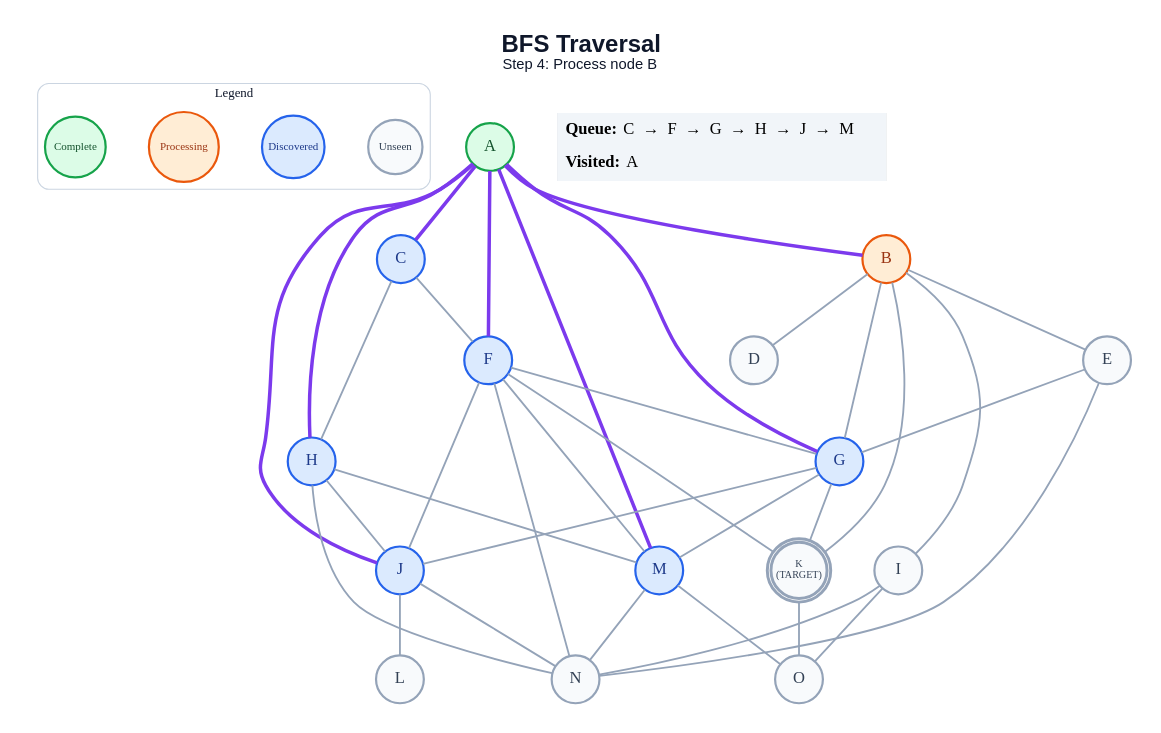
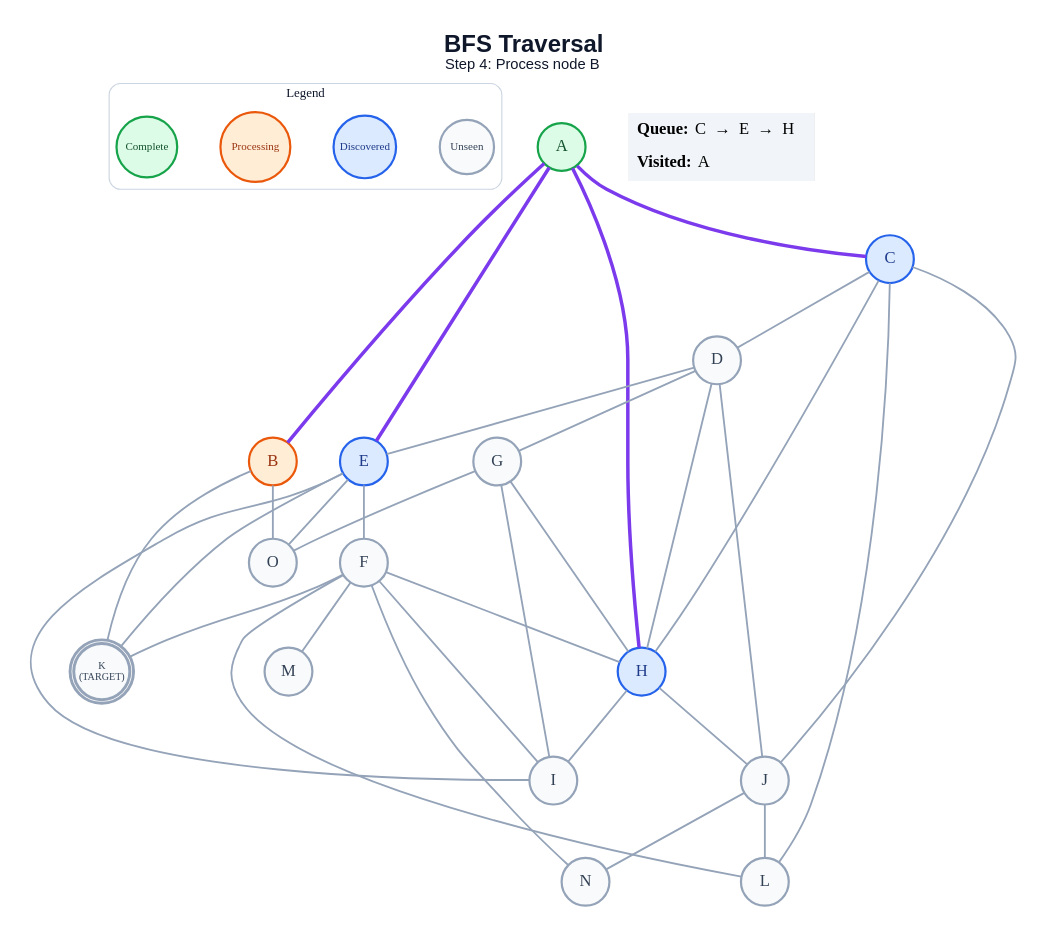
One commit to anon7238593-create/ai-slop changed the diagram in generated/short-circuit/bfs/step_04.dot. Above: the diagram before and after it, drawn with Graphviz. The commit also changed 217 other files, not shown here.

```diff
--- a/generated/short-circuit/bfs/step_04.dot
+++ b/generated/short-circuit/bfs/step_04.dot
@@ -1,68 +1,65 @@
 graph traversal {
   graph [layout=dot, rankdir=TB, bgcolor="#FFFFFF", pad="0.35", nodesep="0.65", ranksep="0.8", fontname="Arial"];
   node [shape=circle, style="filled", fontname="Arial Bold", fontsize=18, width=0.72, fixedsize=true, penwidth=2.4];
   edge [color="#94A3B8", penwidth=2.0];
   label=<<B>BFS Traversal</B><BR/><FONT POINT-SIZE="16">Step 4: Process node B</FONT>>; labelloc="t"; fontsize=26; fontname="Arial"; fontcolor="#0F172A";
   subgraph cluster_legend { label="Legend"; color="#CBD5E1"; penwidth=1.2; style="rounded"; fontsize=14; fontname="Arial Bold";
     key_unseen [label="Unseen", fillcolor="#F8FAFC", color="#94A3B8", fontcolor="#334155", fontsize=12, width=0.82];
     key_frontier [label="Discovered", fillcolor="#DBEAFE", color="#2563EB", fontcolor="#1E3A8A", fontsize=12, width=0.95];
     key_current [label="Processing", fillcolor="#FFEDD5", color="#EA580C", fontcolor="#9A3412", fontsize=12, width=1.05];
     key_done [label="Complete", fillcolor="#DCFCE7", color="#16A34A", fontcolor="#14532D", fontsize=12, width=0.92];
     { rank=same; key_unseen; key_frontier; key_current; key_done; }
   }
   A [label="A", fillcolor="#DCFCE7", color="#16A34A", fontcolor="#14532D", peripheries=1, penwidth=2.4];
   B [label="B", fillcolor="#FFEDD5", color="#EA580C", fontcolor="#9A3412", peripheries=1, penwidth=2.4];
   C [label="C", fillcolor="#DBEAFE", color="#2563EB", fontcolor="#1E3A8A", peripheries=1, penwidth=2.4];
   D [label="D", fillcolor="#F8FAFC", color="#94A3B8", fontcolor="#334155", peripheries=1, penwidth=2.4];
-  E [label="E", fillcolor="#F8FAFC", color="#94A3B8", fontcolor="#334155", peripheries=1, penwidth=2.4];
-  F [label="F", fillcolor="#DBEAFE", color="#2563EB", fontcolor="#1E3A8A", peripheries=1, penwidth=2.4];
-  G [label="G", fillcolor="#DBEAFE", color="#2563EB", fontcolor="#1E3A8A", peripheries=1, penwidth=2.4];
+  E [label="E", fillcolor="#DBEAFE", color="#2563EB", fontcolor="#1E3A8A", peripheries=1, penwidth=2.4];
+  F [label="F", fillcolor="#F8FAFC", color="#94A3B8", fontcolor="#334155", peripheries=1, penwidth=2.4];
+  G [label="G", fillcolor="#F8FAFC", color="#94A3B8", fontcolor="#334155", peripheries=1, penwidth=2.4];
   H [label="H", fillcolor="#DBEAFE", color="#2563EB", fontcolor="#1E3A8A", peripheries=1, penwidth=2.4];
   I [label="I", fillcolor="#F8FAFC", color="#94A3B8", fontcolor="#334155", peripheries=1, penwidth=2.4];
-  J [label="J", fillcolor="#DBEAFE", color="#2563EB", fontcolor="#1E3A8A", peripheries=1, penwidth=2.4];
+  J [label="J", fillcolor="#F8FAFC", color="#94A3B8", fontcolor="#334155", peripheries=1, penwidth=2.4];
   K [label="K\n(TARGET)", fillcolor="#F8FAFC", color="#94A3B8", fontcolor="#334155", peripheries=2, penwidth=3.2, fontsize=11, width=0.85, height=0.85];
   L [label="L", fillcolor="#F8FAFC", color="#94A3B8", fontcolor="#334155", peripheries=1, penwidth=2.4];
-  M [label="M", fillcolor="#DBEAFE", color="#2563EB", fontcolor="#1E3A8A", peripheries=1, penwidth=2.4];
+  M [label="M", fillcolor="#F8FAFC", color="#94A3B8", fontcolor="#334155", peripheries=1, penwidth=2.4];
   N [label="N", fillcolor="#F8FAFC", color="#94A3B8", fontcolor="#334155", peripheries=1, penwidth=2.4];
   O [label="O", fillcolor="#F8FAFC", color="#94A3B8", fontcolor="#334155", peripheries=1, penwidth=2.4];
   A -- B [color="#7C3AED", penwidth=3.8];
   A -- C [color="#7C3AED", penwidth=3.8];
-  A -- F [color="#7C3AED", penwidth=3.8];
-  A -- G [color="#7C3AED", penwidth=3.8];
+  A -- E [color="#7C3AED", penwidth=3.8];
   A -- H [color="#7C3AED", penwidth=3.8];
-  A -- J [color="#7C3AED", penwidth=3.8];
-  A -- M [color="#7C3AED", penwidth=3.8];
-  B -- D;
-  B -- E;
-  B -- G;
-  B -- I;
   B -- K;
-  C -- F;
+  B -- O;
+  C -- D;
   C -- H;
-  E -- G;
-  E -- N;
-  F -- G;
-  F -- J;
+  C -- J;
+  C -- L;
+  D -- E;
+  D -- G;
+  D -- H;
+  D -- J;
+  E -- F;
+  E -- I;
+  E -- K;
+  E -- O;
+  F -- H;
+  F -- I;
   F -- K;
+  F -- L;
   F -- M;
   F -- N;
-  G -- J;
-  G -- K;
-  G -- M;
+  G -- H;
+  G -- I;
+  G -- O;
+  H -- I;
   H -- J;
-  H -- M;
-  H -- N;
-  I -- N;
-  I -- O;
   J -- L;
   J -- N;
-  K -- O;
-  M -- N;
-  M -- O;
   status [shape=plain, fixedsize=false, width=0, height=0, margin=0, label=<
     <TABLE BORDER="0" CELLBORDER="0" CELLPADDING="7" BGCOLOR="#F1F5F9">
-      <TR><TD ALIGN="LEFT"><B>Queue:</B> C  →  F  →  G  →  H  →  J  →  M</TD></TR>
+      <TR><TD ALIGN="LEFT"><B>Queue:</B> C  →  E  →  H</TD></TR>
       <TR><TD ALIGN="LEFT"><B>Visited:</B> A</TD></TR>
     </TABLE>
   >];
 }
```
